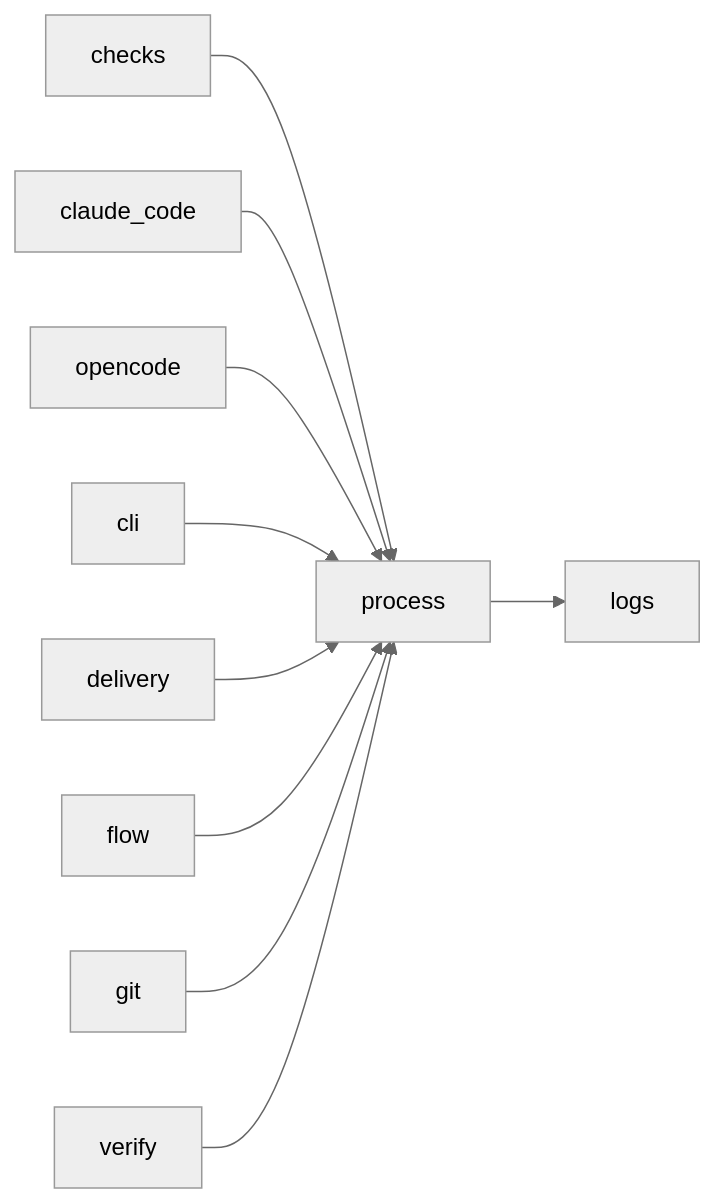
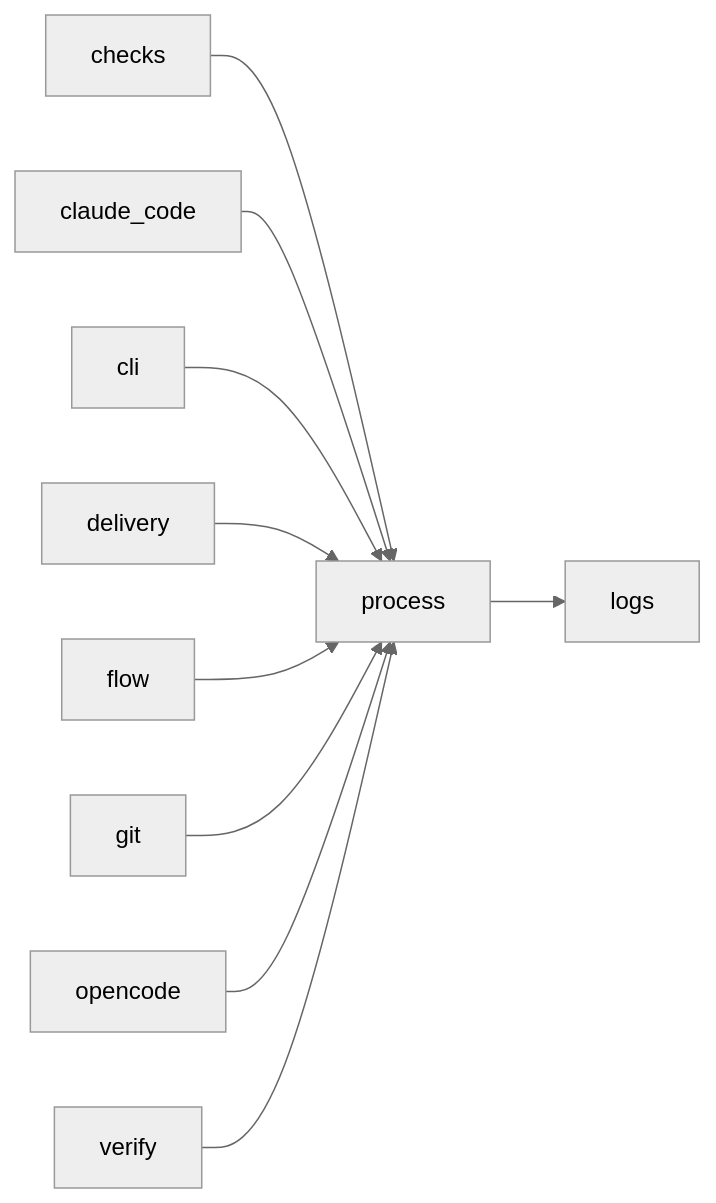
The diagram in docs/architecture/modules/process.md (plaplanche/ariane), drawn with Mermaid (neutral theme) before and after one commit. The commit also changed other lines of this file and 33 other files, not shown here.

Commit message:
#120: Generate the module dependency graphs of the architecture docs from the code (C25)

````diff
--- a/docs/architecture/modules/process.md
+++ b/docs/architecture/modules/process.md
@@ -19,12 +20,12 @@
 ```mermaid
 flowchart LR
   checks --> process
   claude_code --> process
-  opencode --> process
   cli --> process
   delivery --> process
   flow --> process
   git --> process
+  opencode --> process
   process --> logs
   verify --> process
 ```
````
